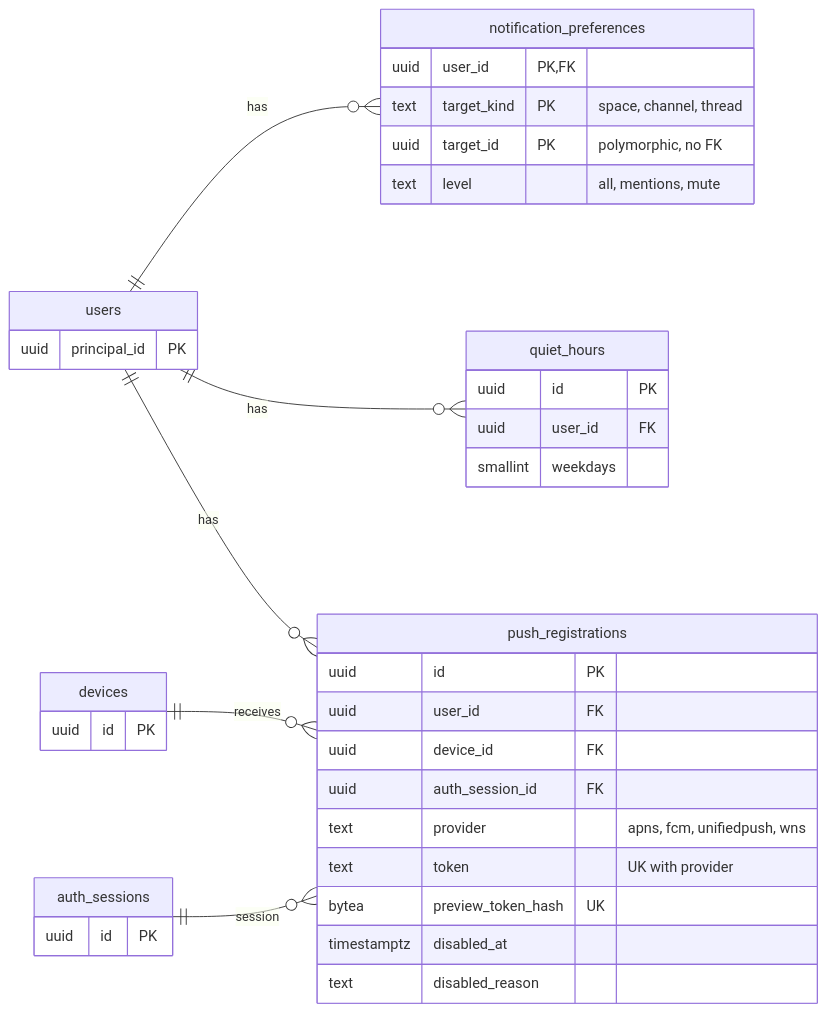
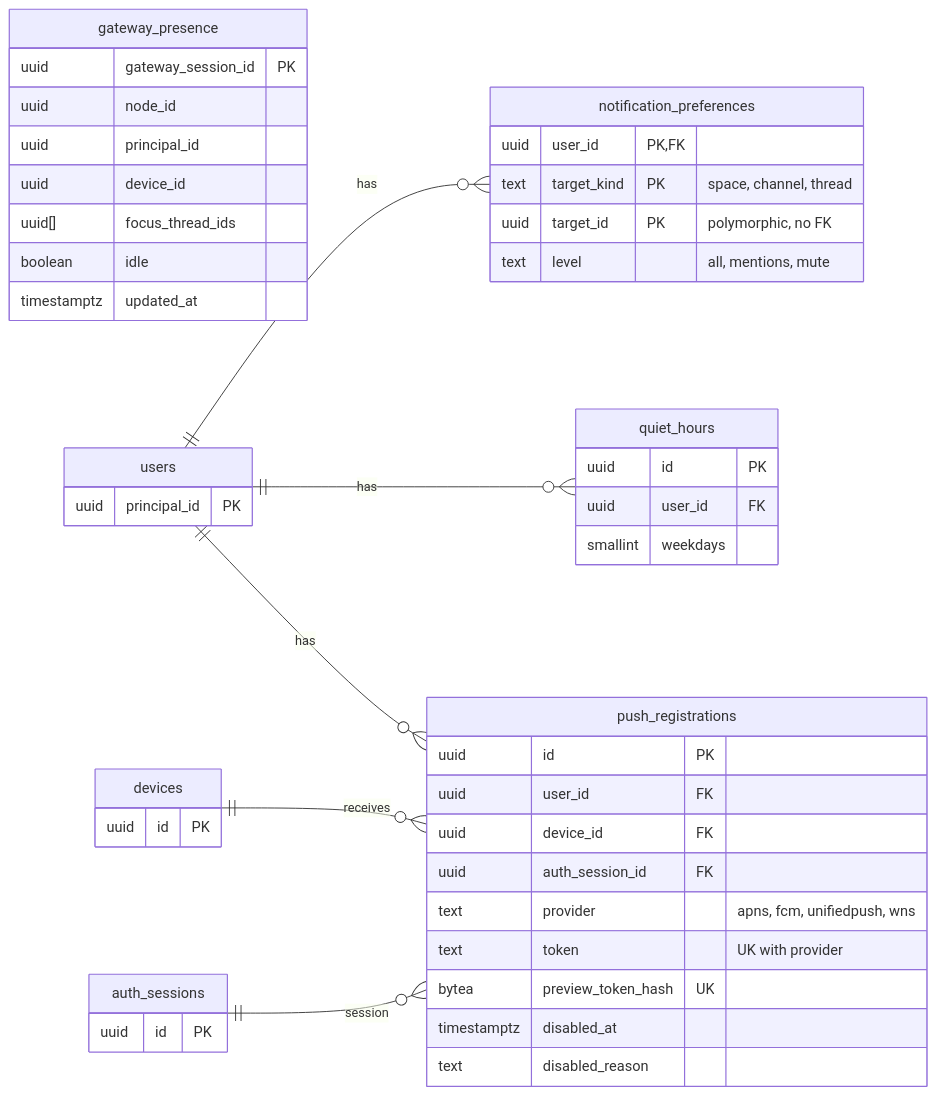
One commit to mguttmann/bothy changed the diagram in docs/architecture/erd-10-notification.mmd. Above: the diagram before and after it, drawn with Mermaid. The commit also changed 21 other files, not shown here.

```diff
--- a/docs/architecture/erd-10-notification.mmd
+++ b/docs/architecture/erd-10-notification.mmd
@@ -1,43 +1,53 @@
-%% ERD part 10: module notify. Source: 03-data-model.md, 4.10.
+%% ERD part 10: modules notify and gateway. Source: 03-data-model.md, 4.10 and 4.16.
+%% gateway_presence has no foreign keys (a row lives only as long as its connection).
 %% Pure log columns (created_by, updated_by and similar) point to principals(id) and
 %% are not drawn as a relationship.
 %% Tables of other modules only with their key.
 erDiagram
   direction LR
+  gateway_presence {
+    uuid gateway_session_id PK
+    uuid node_id
+    uuid principal_id
+    uuid device_id
+    uuid[] focus_thread_ids
+    boolean idle
+    timestamptz updated_at
+  }
   notification_preferences {
     uuid user_id PK, FK
     text target_kind PK "space, channel, thread"
     uuid target_id PK "polymorphic, no FK"
     text level "all, mentions, mute"
   }
   quiet_hours {
     uuid id PK
     uuid user_id FK
     smallint weekdays
   }
   push_registrations {
     uuid id PK
     uuid user_id FK
     uuid device_id FK
     uuid auth_session_id FK
     text provider "apns, fcm, unifiedpush, wns"
     text token "UK with provider"
     bytea preview_token_hash UK
     timestamptz disabled_at
     text disabled_reason
   }
   users {
     uuid principal_id PK
   }
   devices {
     uuid id PK
   }
   auth_sessions {
     uuid id PK
   }
 
   users ||--o{ notification_preferences : "has"
   users ||--o{ quiet_hours : "has"
   users ||--o{ push_registrations : "has"
   devices ||--o{ push_registrations : "receives"
   auth_sessions ||--o{ push_registrations : "session"
```
